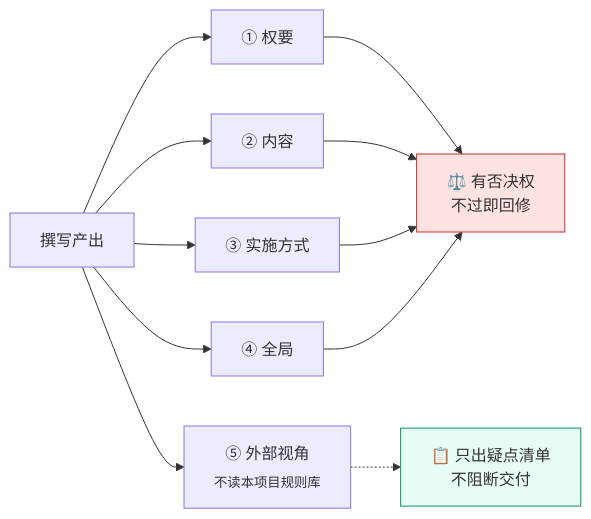
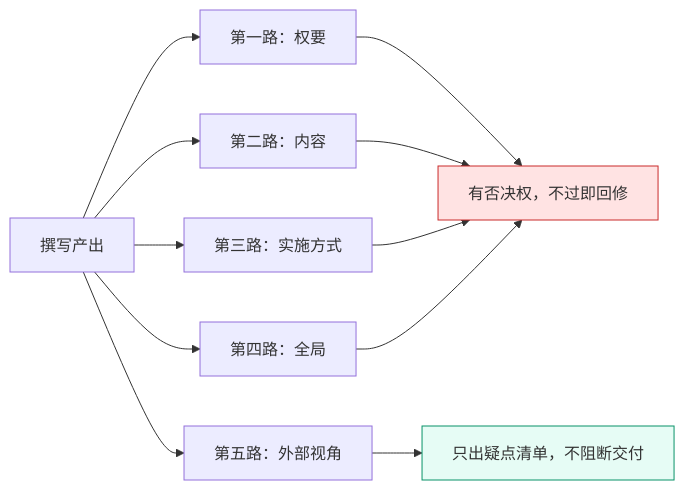
One commit to q1480371991/patent-harness changed the third of 4 diagrams in README.md. Above: the diagram before and after it, drawn with Mermaid. The commit also changed other lines of this file, not shown here.

Commit message:
docs: README 重写——去掉 emoji 编号/破折号/排比句，修 mermaid 边标签解析错误

````diff
--- a/README.md
+++ b/README.md
@@ -131,13 +109,12 @@
 ```mermaid
 flowchart LR
-    C["撰写产出"] --> A1["① 权要"]
-    C --> A2["② 内容"]
-    C --> A3["③ 实施方式"]
-    C --> A4["④ 全局"]
-    C --> A5["⑤ 外部视角<br/><sub>不读本项目规则库</sub>"]
-    A1 & A2 & A3 & A4 --> D["⚖️ 有否决权<br/>不过即回修"]
-    A5 -.-> E["📋 只出疑点清单<br/>不阻断交付"]
-
+    C["撰写产出"] --> A1["第一路：权要"]
+    C --> A2["第二路：内容"]
+    C --> A3["第三路：实施方式"]
+    C --> A4["第四路：全局"]
+    C --> A5["第五路：外部视角"]
+    A1 & A2 & A3 & A4 --> D["有否决权，不过即回修"]
+    A5 --> E["只出疑点清单，不阻断交付"]
     style D fill:#ffe3e3,stroke:#c92a2a
     style E fill:#e6fcf5,stroke:#099268
 ```
````
